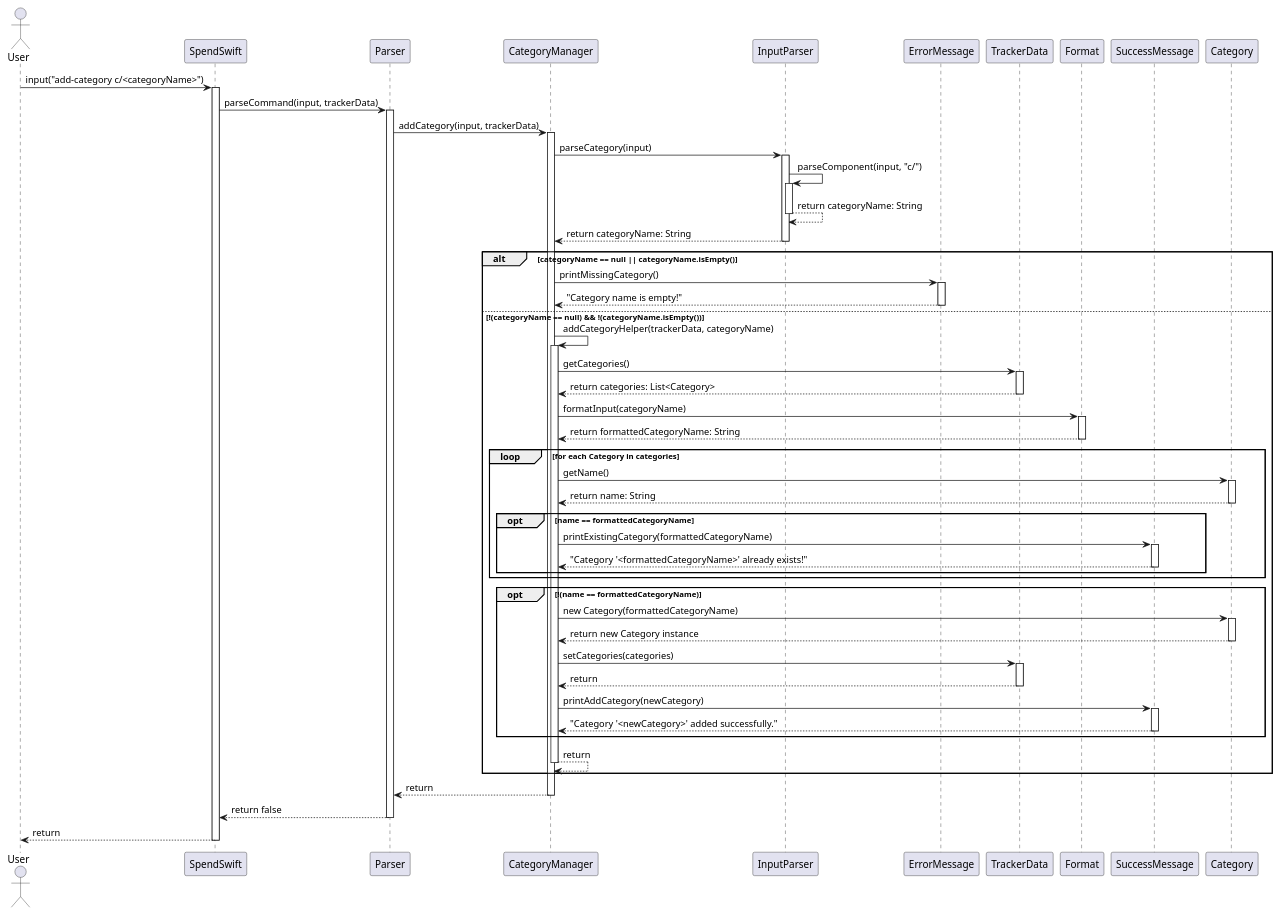
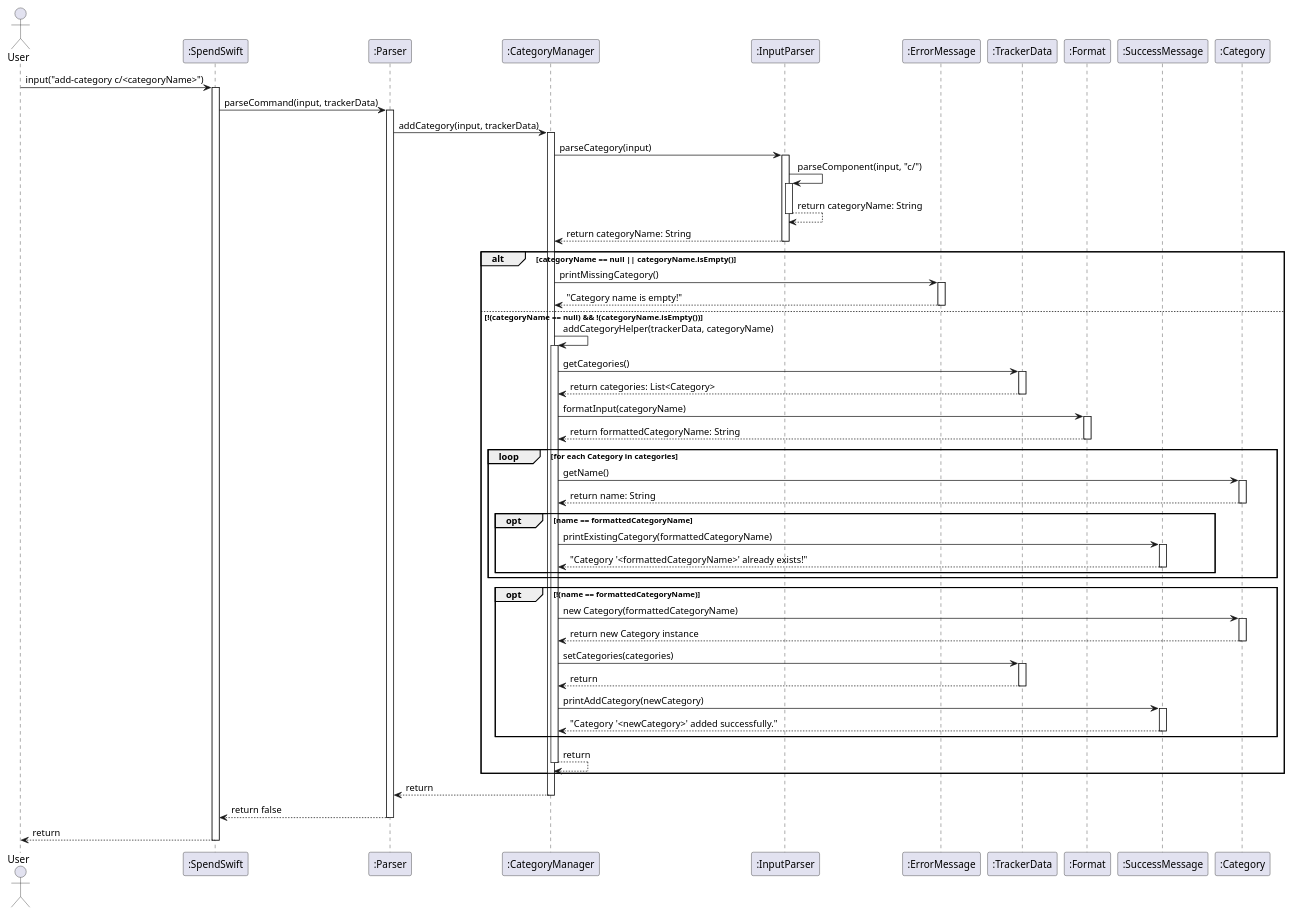
The diagram in docs/diagrams/AddCategory.puml (nus-cs2113-AY2425S1/tp), drawn with PlantUML before and after one commit. The commit also changed 19 other files, not shown here.

```diff
--- a/docs/diagrams/AddCategory.puml
+++ b/docs/diagrams/AddCategory.puml
@@ -1,94 +1,94 @@
 @startuml
 
 actor User
-participant SpendSwift
-participant Parser
-participant CategoryManager
-participant InputParser
-participant ErrorMessage
-participant TrackerData
-participant Format
-participant SuccessMessage
-participant Category
+participant ":SpendSwift" as SpendSwift
+participant ":Parser" as Parser
+participant ":CategoryManager" as CategoryManager
+participant ":InputParser" as InputParser
+participant ":ErrorMessage" as ErrorMessage
+participant ":TrackerData" as TrackerData
+participant ":Format" as Format
+participant ":SuccessMessage" as SuccessMessage
+participant ":Category" as Category
 
 User -> SpendSwift : input("add-category c/<categoryName>")
 activate SpendSwift
 SpendSwift -> Parser : parseCommand(input, trackerData)
 
 activate Parser
 Parser -> CategoryManager : addCategory(input, trackerData)
 
 activate CategoryManager
 CategoryManager -> InputParser : parseCategory(input)
 
 activate InputParser
 InputParser -> InputParser : parseComponent(input, "c/")
 
     activate InputParser
     InputParser --> InputParser : return categoryName: String
     deactivate InputParser
 
 InputParser --> CategoryManager : return categoryName: String
 deactivate InputParser
 
 alt categoryName == null || categoryName.isEmpty()
     CategoryManager -> ErrorMessage : printMissingCategory()
     activate ErrorMessage
     ErrorMessage --> CategoryManager : "Category name is empty!"
     deactivate ErrorMessage
 
 else !(categoryName == null) && !(categoryName.isEmpty())
     CategoryManager -> CategoryManager : addCategoryHelper(trackerData, categoryName)
     activate CategoryManager
     CategoryManager -> TrackerData : getCategories()
     activate TrackerData
     TrackerData --> CategoryManager : return categories: List<Category>
     deactivate TrackerData
 
     CategoryManager -> Format : formatInput(categoryName)
     activate Format
     Format --> CategoryManager : return formattedCategoryName: String
     deactivate Format
 
     loop for each Category in categories
         CategoryManager -> Category : getName()
         activate Category
         Category --> CategoryManager : return name: String
         deactivate Category
 
         opt name == formattedCategoryName
             CategoryManager -> SuccessMessage : printExistingCategory(formattedCategoryName)
             activate SuccessMessage
             SuccessMessage --> CategoryManager : "Category '<formattedCategoryName>' already exists!"
             deactivate SuccessMessage
         end
     end
 
     opt !(name == formattedCategoryName)
 
         CategoryManager -> Category : new Category(formattedCategoryName)
         activate Category
         Category --> CategoryManager : return new Category instance
         deactivate Category
 
         CategoryManager -> TrackerData : setCategories(categories)
         activate TrackerData
         TrackerData --> CategoryManager : return
         deactivate TrackerData
         CategoryManager -> SuccessMessage : printAddCategory(newCategory)
         activate SuccessMessage
         SuccessMessage --> CategoryManager : "Category '<newCategory>' added successfully."
         deactivate SuccessMessage
     end
     CategoryManager --> CategoryManager : return
     deactivate CategoryManager
 end
 
 CategoryManager --> Parser : return
 deactivate CategoryManager
 Parser --> SpendSwift : return false
 deactivate Parser
 SpendSwift --> User : return
 deactivate SpendSwift
 
 @enduml
```
